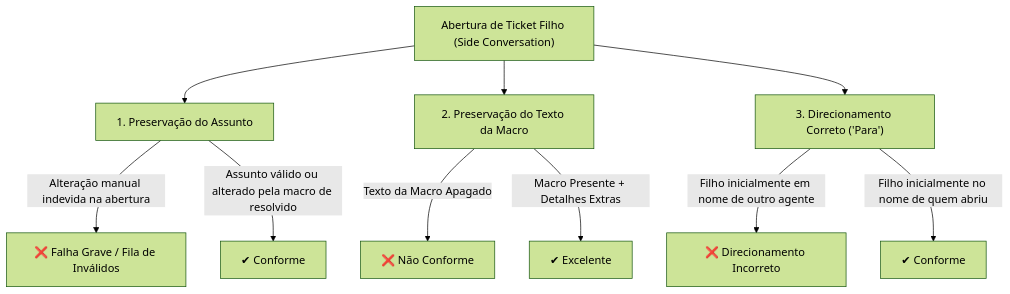
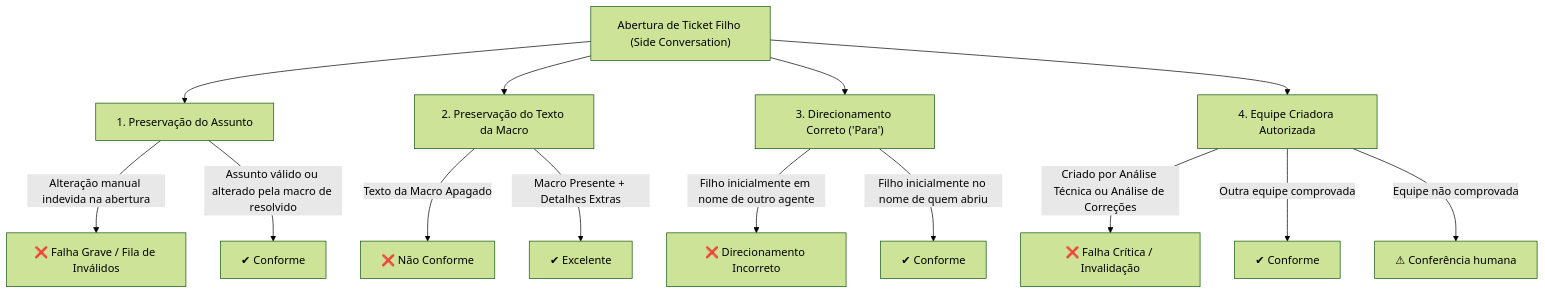
One commit to allanscode/QualiTrack changed the diagram in docs/specs/manual-avaliacao-tickets-filhos.md. Above: the diagram before and after it, drawn with Mermaid (forest theme). The commit also changed other lines of this file and 29 other files, not shown here.

````diff
--- a/docs/specs/manual-avaliacao-tickets-filhos.md
+++ b/docs/specs/manual-avaliacao-tickets-filhos.md
@@ -23,16 +23,20 @@
 ```mermaid
 flowchart TD
     TF["Abertura de Ticket Filho (Side Conversation)"] --> Q1["1. Preservação do Assunto"]
     TF --> Q2["2. Preservação do Texto da Macro"]
     TF --> Q3["3. Direcionamento Correto ('Para')"]
+    TF --> Q4["4. Equipe Criadora Autorizada"]
     
     Q1 -->|Alteração manual indevida na abertura| INV["❌ Falha Grave / Fila de Inválidos"]
     Q1 -->|Assunto válido ou alterado pela macro de resolvido| OK1["✔ Conforme"]
     
     Q2 -->|Texto da Macro Apagado| REP["❌ Não Conforme"]
     Q2 -->|Macro Presente + Detalhes Extras| OK2["✔ Excelente"]
     
     Q3 -->|Filho inicialmente em nome de outro agente| ERRO["❌ Direcionamento Incorreto"]
     Q3 -->|Filho inicialmente no nome de quem abriu| OK3["✔ Conforme"]
+    Q4 -->|Criado por Análise Técnica ou Análise de Correções| ORIGEM["❌ Falha Crítica / Invalidação"]
+    Q4 -->|Outra equipe comprovada| OK4["✔ Conforme"]
+    Q4 -->|Equipe não comprovada| REVISAR["⚠ Conferência humana"]
     
 ```
````
